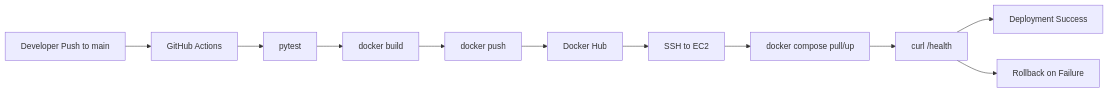
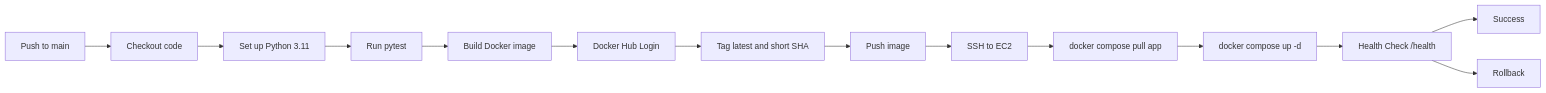
One commit to a0527645787-oss/world-cup-seat-booking-devops changed the sixth of 8 diagrams in docs/project-book.md. Above: the diagram before and after it, drawn with Mermaid. The commit also changed other lines of this file and 1 other file, not shown here.

````diff
--- a/docs/project-book.md
+++ b/docs/project-book.md
@@ -239,13 +589,16 @@
 ```mermaid
 flowchart LR
-    Dev["Developer Push to main"] --> Actions["GitHub Actions"]
-    Actions --> Tests["pytest"]
-    Tests --> Build["docker build"]
-    Build --> Push["docker push"]
-    Push --> Hub["Docker Hub"]
-    Hub --> SSH["SSH to EC2"]
-    SSH --> Compose["docker compose pull/up"]
-    Compose --> Health["curl /health"]
-    Health --> Success["Deployment Success"]
-    Health --> Rollback["Rollback on Failure"]
+    Push["Push to main"] --> Checkout["Checkout code"]
+    Checkout --> Python["Set up Python 3.11"]
+    Python --> Pytest["Run pytest"]
+    Pytest --> Build["Build Docker image"]
+    Build --> Login["Docker Hub Login"]
+    Login --> Tags["Tag latest and short SHA"]
+    Tags --> PushImage["Push image"]
+    PushImage --> SSH["SSH to EC2"]
+    SSH --> Pull["docker compose pull app"]
+    Pull --> Up["docker compose up -d"]
+    Up --> Health["Health Check /health"]
+    Health --> Done["Success"]
+    Health --> Rollback["Rollback"]
 ```
````
